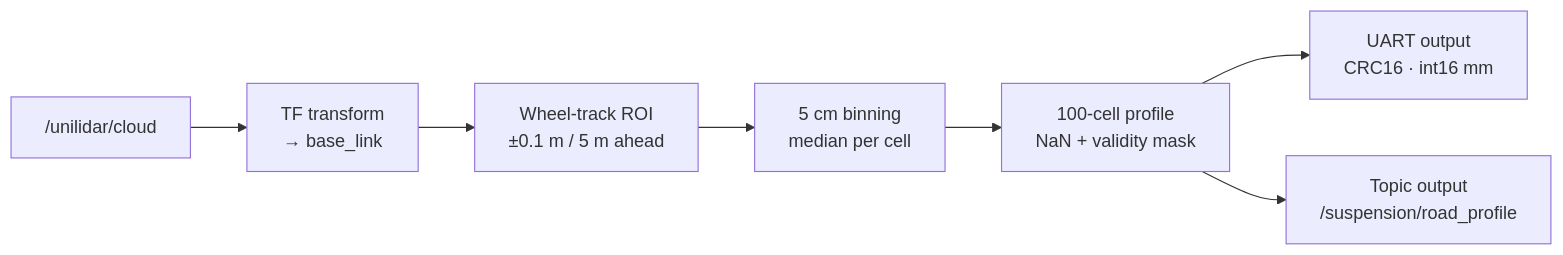
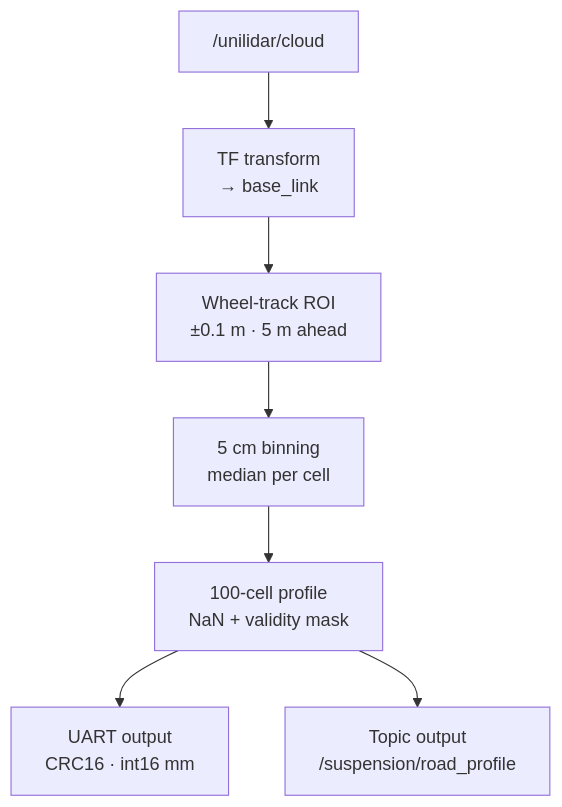
One commit to qi-neo/active-suspension-lidar-preview changed the second of 4 diagrams in README.en.md. Above: the diagram before and after it, drawn with Mermaid. The commit also changed other lines of this file and 1 other file, not shown here.

First line of the commit message:
docs: 重排 README 四张 mermaid 图，适配深色主题

````diff
--- a/README.en.md
+++ b/README.en.md
@@ -75,10 +74,9 @@
 ```mermaid
-%%{init: {"fontFamily": "-apple-system, BlinkMacSystemFont, PingFang SC, Helvetica Neue, Microsoft YaHei, sans-serif"}}%%
-flowchart LR
+flowchart TB
     A["/unilidar/cloud"] --> B["TF transform<br/>→ base_link"]
-    B --> C["Wheel-track ROI<br/>±0.1 m / 5 m ahead"]
+    B --> C["Wheel-track ROI<br/>±0.1 m · 5 m ahead"]
     C --> D["5 cm binning<br/>median per cell"]
     D --> E["100-cell profile<br/>NaN + validity mask"]
     E --> F["UART output<br/>CRC16 · int16 mm"]
     E --> G["Topic output<br/>/suspension/road_profile"]
 ```
````
